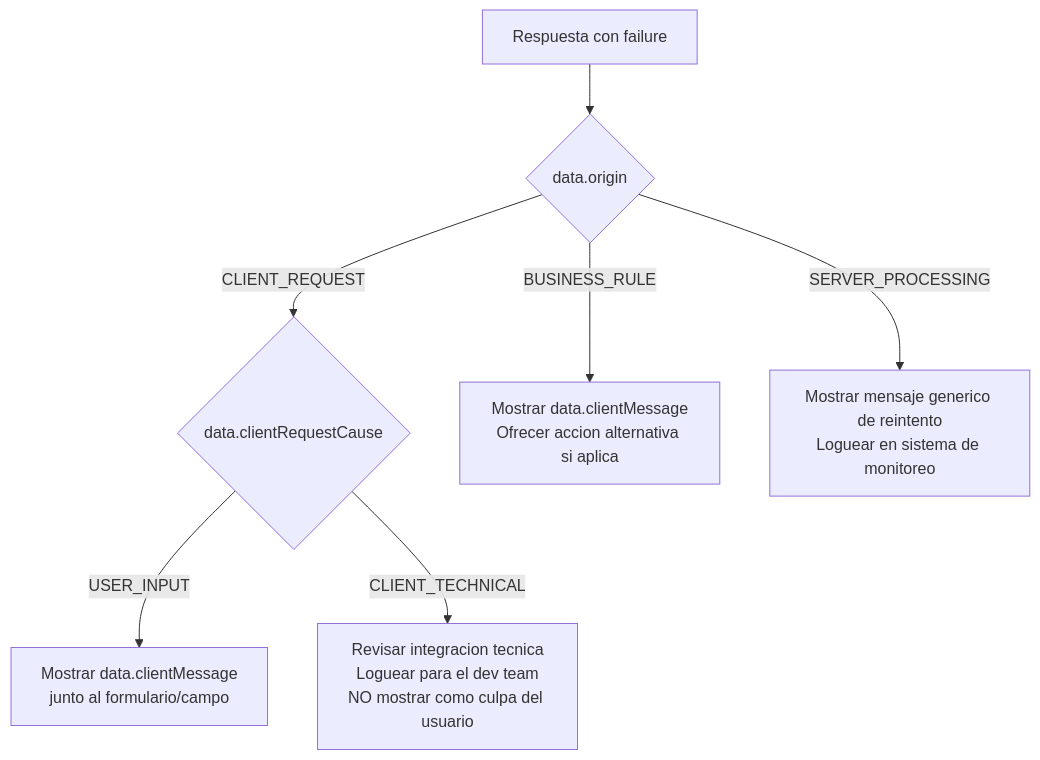
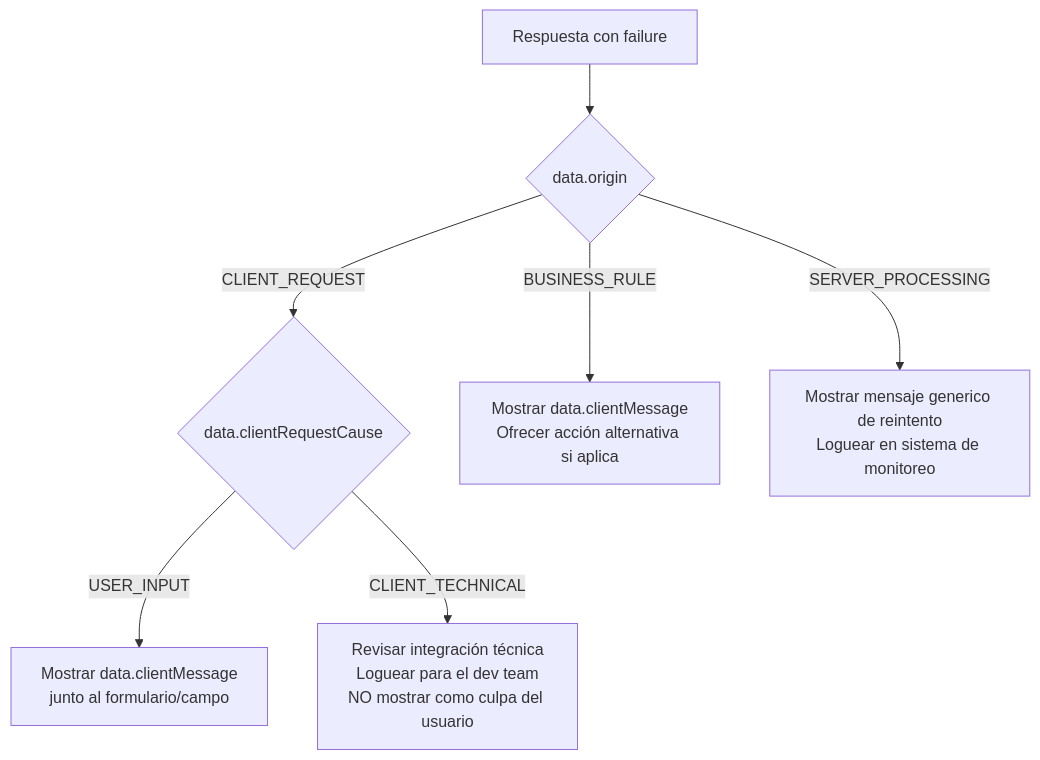
The seventh of 7 diagrams in docs/api/AUTH_FLOW.md (cmartinezs/keygo-server), drawn with Mermaid before and after one commit. The commit also changed other lines of this file and 80 other files, not shown here.

````diff
--- a/docs/api/AUTH_FLOW.md
+++ b/docs/api/AUTH_FLOW.md
@@ -1214,9 +1214,9 @@
 ```mermaid
 flowchart TD
     E[Respuesta con failure] --> A{data.origin}
     A -->|CLIENT_REQUEST| B{data.clientRequestCause}
-    A -->|BUSINESS_RULE| G[Mostrar data.clientMessage\nOfrecer accion alternativa si aplica]
+    A -->|BUSINESS_RULE| G[Mostrar data.clientMessage\nOfrecer acción alternativa si aplica]
     A -->|SERVER_PROCESSING| H[Mostrar mensaje generico de reintento\nLoguear en sistema de monitoreo]
     B -->|USER_INPUT| C[Mostrar data.clientMessage\njunto al formulario/campo]
-    B -->|CLIENT_TECHNICAL| D[Revisar integracion tecnica\nLoguear para el dev team\nNO mostrar como culpa del usuario]
+    B -->|CLIENT_TECHNICAL| D[Revisar integración técnica\nLoguear para el dev team\nNO mostrar como culpa del usuario]
 ```
````
